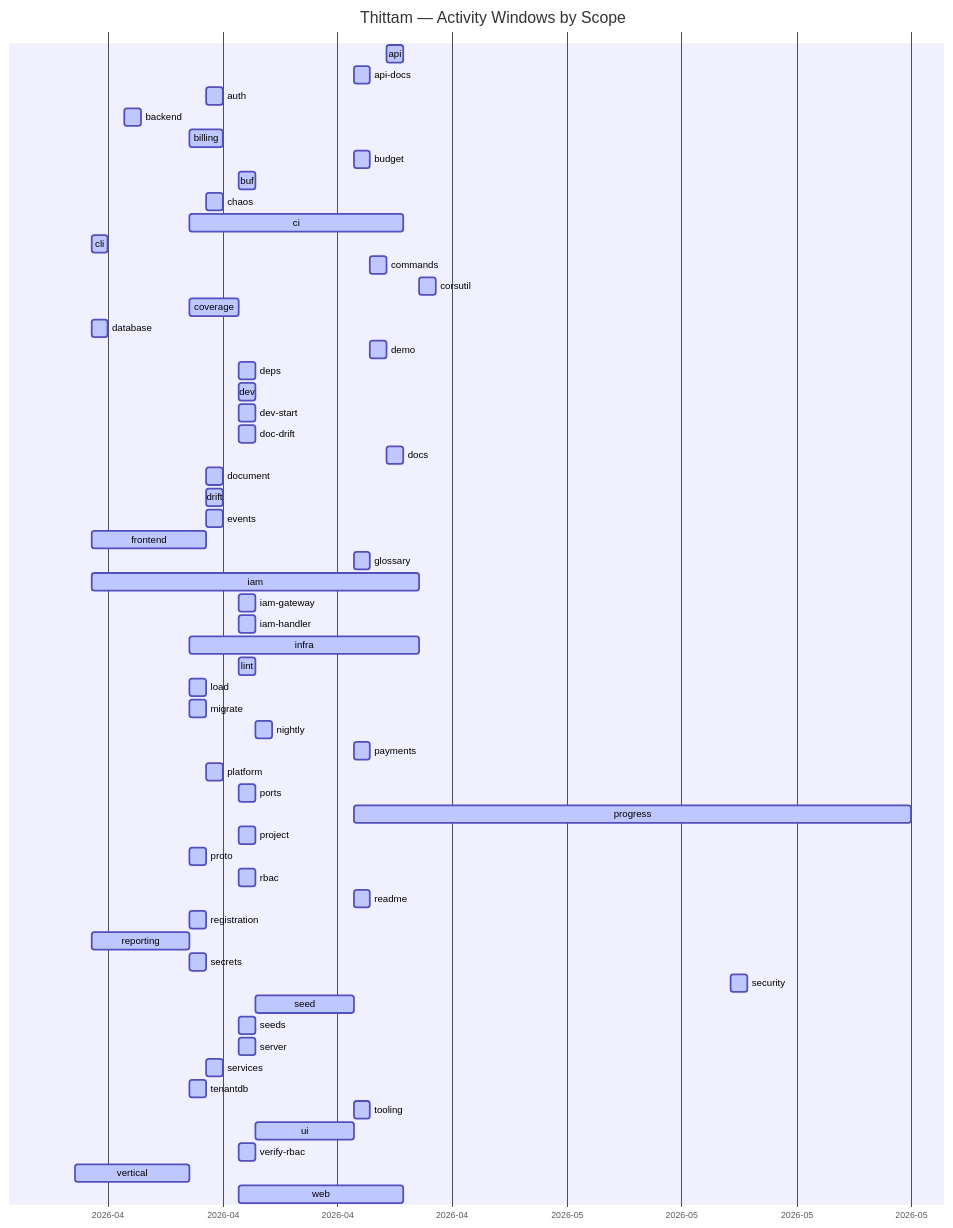
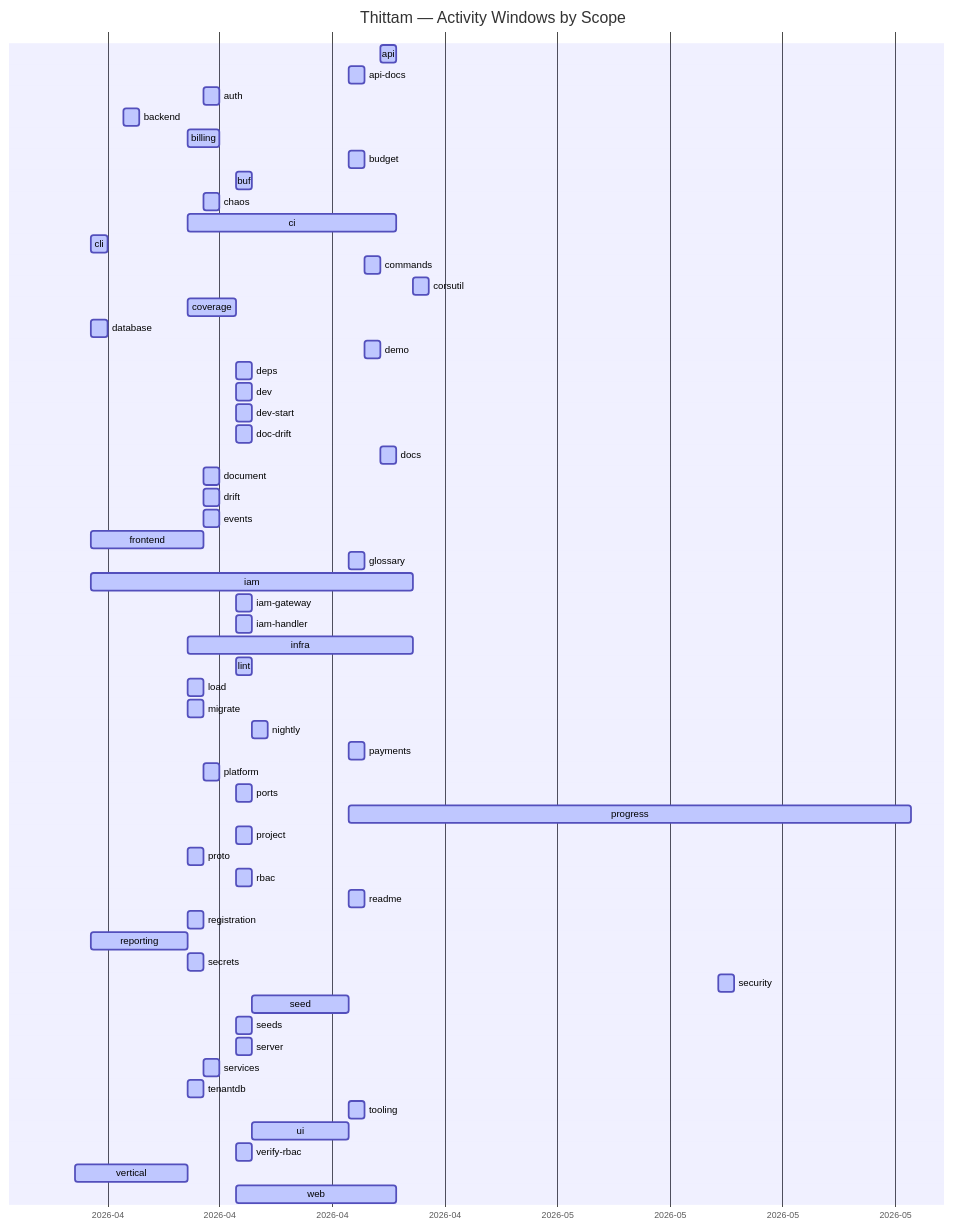
Before and after one commit to wegofwd2020-hub/thittam: the diagram in docs/PROGRESS.md, drawn with Mermaid. The commit also changed other lines of this file and 1 other file, not shown here.

Commit message:
chore(progress): nightly update of docs/PROGRESS.md + CSVs

````diff
--- a/docs/PROGRESS.md
+++ b/docs/PROGRESS.md
@@ -9,61 +9,61 @@
 ```mermaid
 gantt
     title Thittam — Activity Windows by Scope
     dateFormat YYYY-MM-DD
     axisFormat %Y-%m
     api                :active, s_api, 2026-04-22, 2026-04-23
     api-docs           :active, s_api_docs, 2026-04-20, 2026-04-21
     auth               :active, s_auth, 2026-04-11, 2026-04-12
     backend            :active, s_backend, 2026-04-06, 2026-04-07
     billing            :active, s_billing, 2026-04-10, 2026-04-12
     budget             :active, s_budget, 2026-04-20, 2026-04-21
     buf                :active, s_buf, 2026-04-13, 2026-04-14
     chaos              :active, s_chaos, 2026-04-11, 2026-04-12
     ci                 :active, s_ci, 2026-04-10, 2026-04-23
     cli                :active, s_cli, 2026-04-04, 2026-04-05
     commands           :active, s_commands, 2026-04-21, 2026-04-22
     corsutil           :active, s_corsutil, 2026-04-24, 2026-04-25
     coverage           :active, s_coverage, 2026-04-10, 2026-04-13
     database           :active, s_database, 2026-04-04, 2026-04-05
     demo               :active, s_demo, 2026-04-21, 2026-04-22
     deps               :active, s_deps, 2026-04-13, 2026-04-14
     dev                :active, s_dev, 2026-04-13, 2026-04-14
     dev-start          :active, s_dev_start, 2026-04-13, 2026-04-14
     doc-drift          :active, s_doc_drift, 2026-04-13, 2026-04-14
     docs               :active, s_docs, 2026-04-22, 2026-04-23
     document           :active, s_document, 2026-04-11, 2026-04-12
     drift              :active, s_drift, 2026-04-11, 2026-04-12
     events             :active, s_events, 2026-04-11, 2026-04-12
     frontend           :active, s_frontend, 2026-04-04, 2026-04-11
     glossary           :active, s_glossary, 2026-04-20, 2026-04-21
     iam                :active, s_iam, 2026-04-04, 2026-04-24
     iam-gateway        :active, s_iam_gateway, 2026-04-13, 2026-04-14
     iam-handler        :active, s_iam_handler, 2026-04-13, 2026-04-14
     infra              :active, s_infra, 2026-04-10, 2026-04-24
     lint               :active, s_lint, 2026-04-13, 2026-04-14
     load               :active, s_load, 2026-04-10, 2026-04-11
     migrate            :active, s_migrate, 2026-04-10, 2026-04-11
     nightly            :active, s_nightly, 2026-04-14, 2026-04-15
     payments           :active, s_payments, 2026-04-20, 2026-04-21
     platform           :active, s_platform, 2026-04-11, 2026-04-12
     ports              :active, s_ports, 2026-04-13, 2026-04-14
-    progress           :active, s_progress, 2026-04-20, 2026-05-24
+    progress           :active, s_progress, 2026-04-20, 2026-05-25
     project            :active, s_project, 2026-04-13, 2026-04-14
     proto              :active, s_proto, 2026-04-10, 2026-04-11
     rbac               :active, s_rbac, 2026-04-13, 2026-04-14
     readme             :active, s_readme, 2026-04-20, 2026-04-21
     registration       :active, s_registration, 2026-04-10, 2026-04-11
     reporting          :active, s_reporting, 2026-04-04, 2026-04-10
     secrets            :active, s_secrets, 2026-04-10, 2026-04-11
     security           :active, s_security, 2026-05-13, 2026-05-14
     seed               :active, s_seed, 2026-04-14, 2026-04-20
     seeds              :active, s_seeds, 2026-04-13, 2026-04-14
     server             :active, s_server, 2026-04-13, 2026-04-14
     services           :active, s_services, 2026-04-11, 2026-04-12
     tenantdb           :active, s_tenantdb, 2026-04-10, 2026-04-11
     tooling            :active, s_tooling, 2026-04-20, 2026-04-21
     ui                 :active, s_ui, 2026-04-14, 2026-04-20
     verify-rbac        :active, s_verify_rbac, 2026-04-13, 2026-04-14
     vertical           :active, s_vertical, 2026-04-03, 2026-04-10
     web                :active, s_web, 2026-04-13, 2026-04-23
 ```
````
